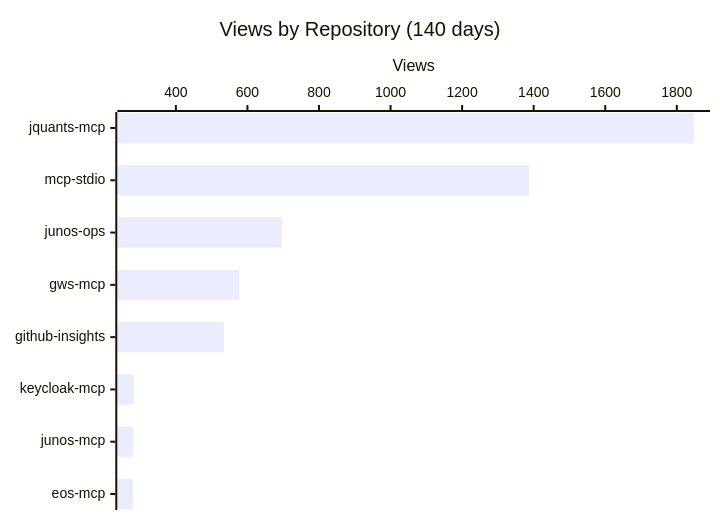
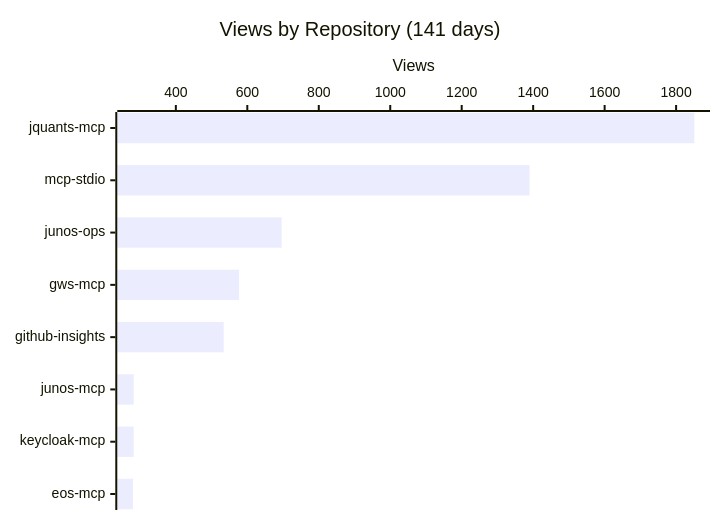
Before and after one commit to shigechika/github-insights: the first of 4 diagrams in README.md, drawn with Mermaid. The commit also changed other lines of this file and 2 other files, not shown here.

````diff
--- a/README.md
+++ b/README.md
@@ -18,7 +18,7 @@
 ```mermaid
 xychart-beta horizontal
-    title "Views by Repository (140 days)"
-    x-axis ["jquants-mcp", "mcp-stdio", "junos-ops", "gws-mcp", "github-insights", "keycloak-mcp", "junos-mcp", "eos-mcp"]
+    title "Views by Repository (141 days)"
+    x-axis ["jquants-mcp", "mcp-stdio", "junos-ops", "gws-mcp", "github-insights", "junos-mcp", "keycloak-mcp", "eos-mcp"]
     y-axis "Views"
-    bar [1849, 1387, 696, 577, 534, 282, 281, 280]
+    bar [1851, 1390, 696, 577, 534, 282, 282, 280]
 ```
````
